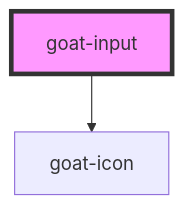
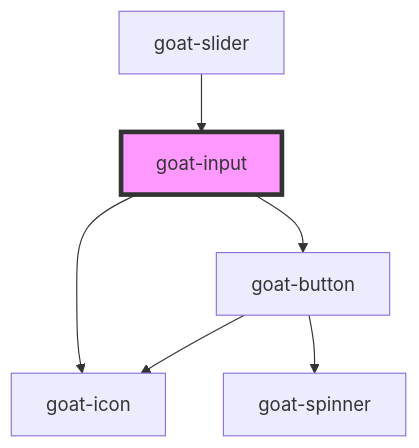
The diagram in src/components/data-entry/input/readme.md (goatui/components), drawn with Mermaid before and after one commit. The commit also changed other lines of this file and 60 other files, not shown here.

````diff
--- a/src/components/data-entry/input/readme.md
+++ b/src/components/data-entry/input/readme.md
@@ -79,5 +85,9 @@
 ```mermaid
 graph TD;
+  goat-input --> goat-button
   goat-input --> goat-icon
+  goat-button --> goat-icon
+  goat-button --> goat-spinner
+  goat-slider --> goat-input
   style goat-input fill:#f9f,stroke:#333,stroke-width:4px
 ```
````
